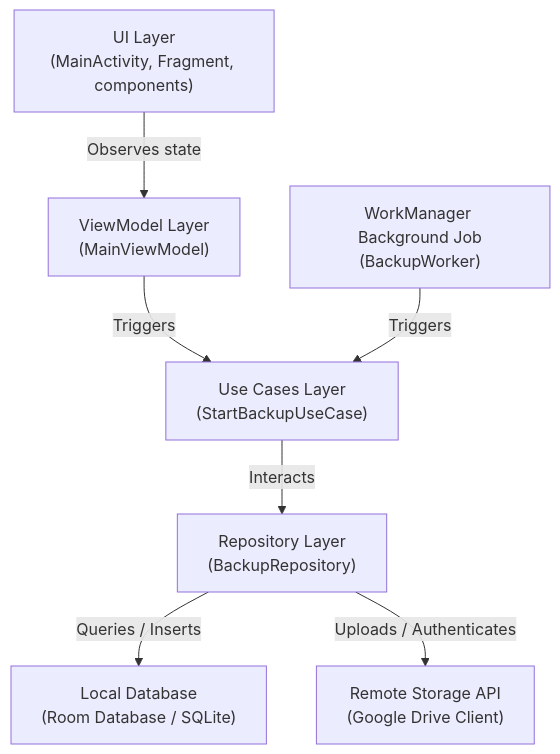
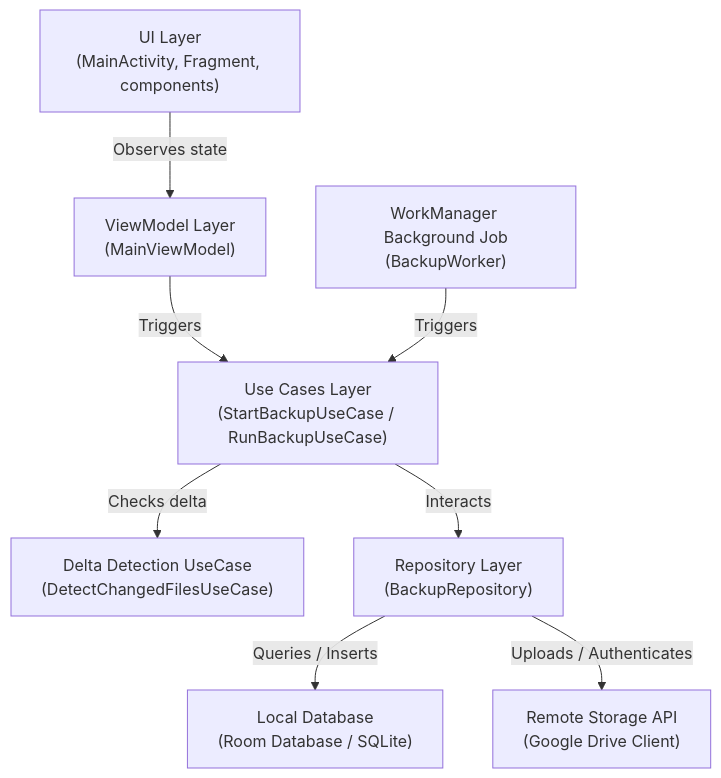
The first of 7 diagrams in README.md (nandakumar-nandu/WABackupPro), drawn with Mermaid before and after one commit. The commit also changed other lines of this file and 14 other files, not shown here.

First line of the commit message:
feat: incremental backup with delta detection (skip already-uploaded files)

````diff
--- a/README.md
+++ b/README.md
@@ -15,9 +15,10 @@
 ```mermaid
 graph TD
     UI["UI Layer<br>(MainActivity, Fragment, components)"] -->|Observes state| VM["ViewModel Layer<br>(MainViewModel)"]
-    VM -->|Triggers| UC["Use Cases Layer<br>(StartBackupUseCase)"]
+    VM -->|Triggers| UC["Use Cases Layer<br>(StartBackupUseCase / RunBackupUseCase)"]
+    UC -->|Checks delta| DeltaUC["Delta Detection UseCase<br>(DetectChangedFilesUseCase)"]
     UC -->|Interacts| Repo["Repository Layer<br>(BackupRepository)"]
     Repo -->|Queries / Inserts| Local["Local Database<br>(Room Database / SQLite)"]
     Repo -->|Uploads / Authenticates| Remote["Remote Storage API<br>(Google Drive Client)"]
     Workers["WorkManager Background Job<br>(BackupWorker)"] -->|Triggers| UC
 ```
````
